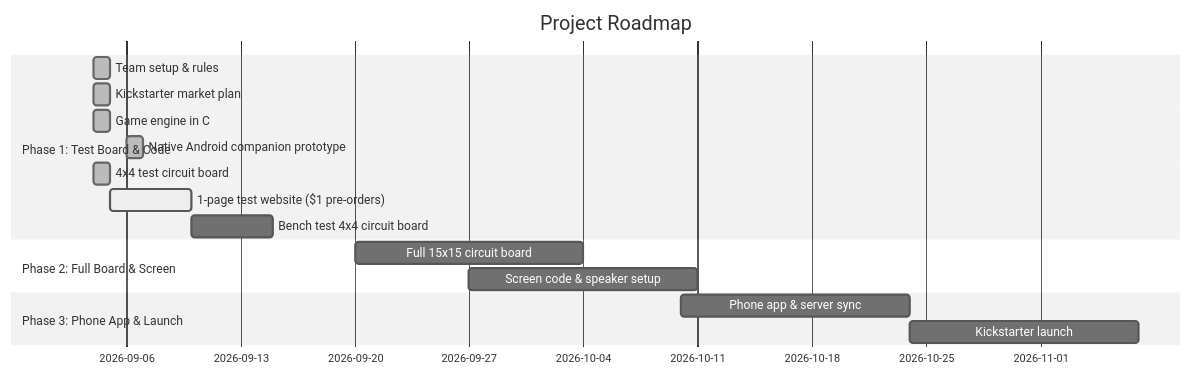
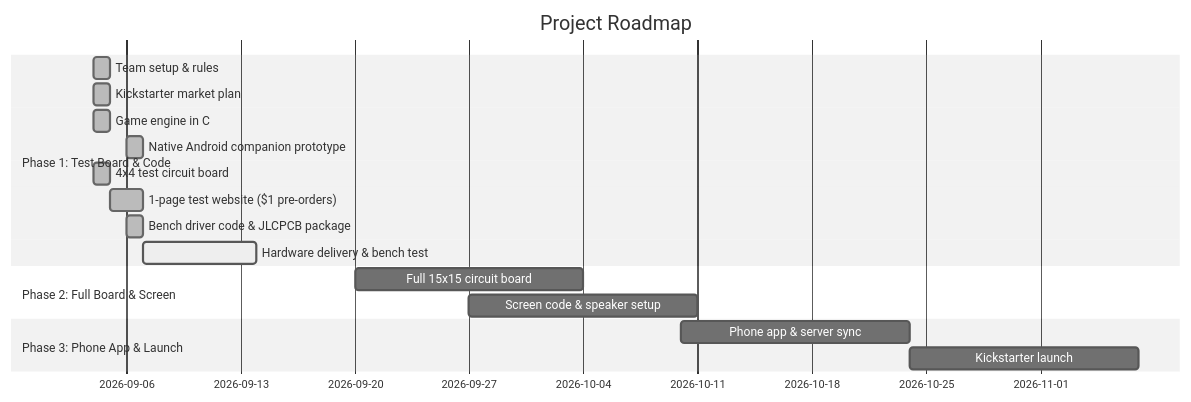
The diagram in docs/PROJECT_STATE.md (robindelis/Smart-Crossword-), drawn with Mermaid (neutral theme) before and after one commit. The commit also changed other lines of this file and 25 other files, not shown here.

Commit message:
feat: JLCPCB SMT package, ESP32 bench driver & 1-page pre-launch landing page

````diff
--- a/docs/PROJECT_STATE.md
+++ b/docs/PROJECT_STATE.md
@@ -10,19 +10,20 @@
 ```mermaid
 gantt
     title Project Roadmap
     dateFormat  YYYY-MM-DD
     section Phase 1: Test Board & Code
     Team setup & rules                   :done, p1, 2026-09-04, 1d
     Kickstarter market plan              :done, p2, 2026-09-04, 1d
     Game engine in C                     :done, p3, 2026-09-04, 1d
     Native Android companion prototype   :done, p3b, 2026-09-06, 1d
     4x4 test circuit board               :done, p4, 2026-09-04, 1d
-    1-page test website ($1 pre-orders)  :active, p5, 2026-09-05, 5d
-    Bench test 4x4 circuit board         :p5b, 2026-09-10, 5d
+    1-page test website ($1 pre-orders)  :done, p5, 2026-09-05, 2d
+    Bench driver code & JLCPCB package   :done, p5b, 2026-09-06, 1d
+    Hardware delivery & bench test       :active, p5c, 2026-09-07, 7d
     section Phase 2: Full Board & Screen
     Full 15x15 circuit board             :p6, 2026-09-20, 14d
     Screen code & speaker setup          :p7, 2026-09-27, 14d
     section Phase 3: Phone App & Launch
     Phone app & server sync              :p8, 2026-10-10, 14d
     Kickstarter launch                   :p9, 2026-10-24, 14d
 ```
````
